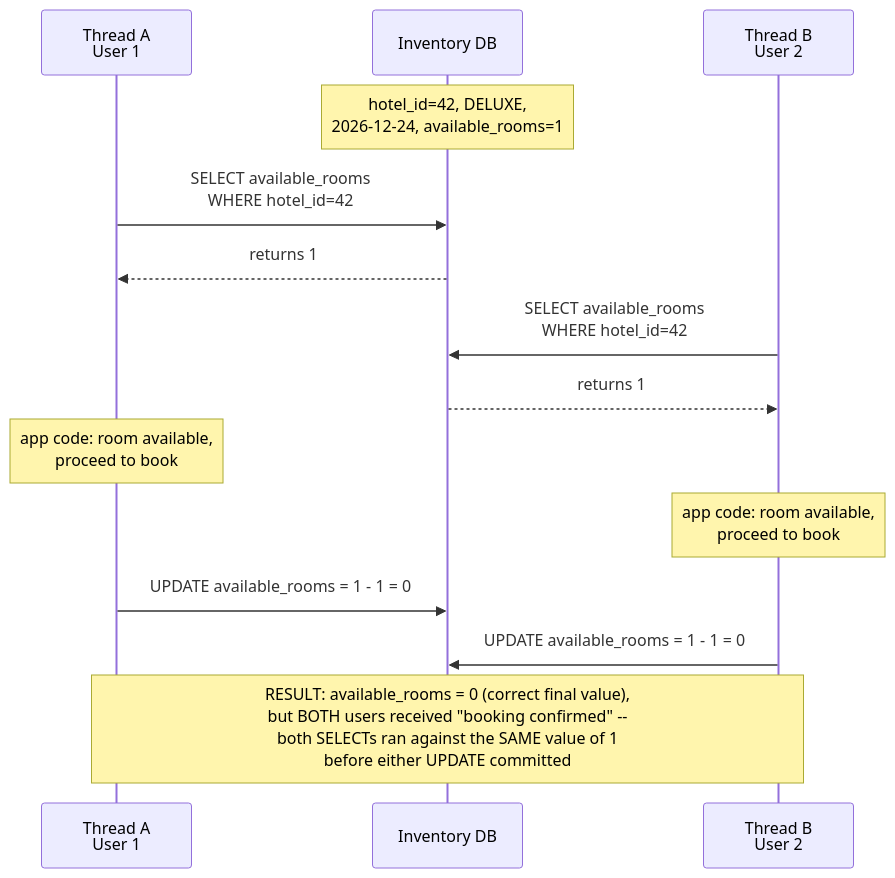
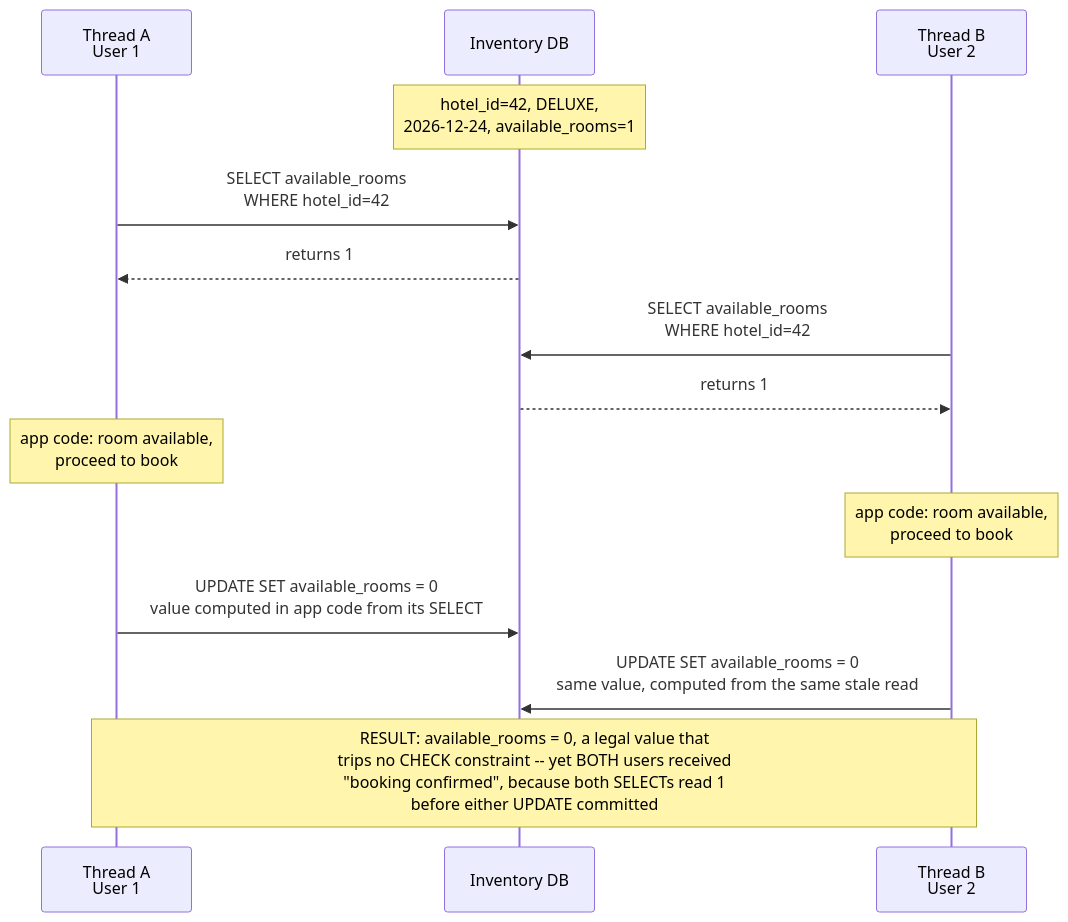
The fifth of 5 diagrams in src/main/java/com/rutik/systemdesign/hld/case_studies/design_hotel_reservation.md (rppol/system-design), drawn with Mermaid before and after one commit. The commit also changed other lines of this file and 4 other files, not shown here.

````diff
--- a/src/main/java/com/rutik/systemdesign/hld/case_studies/design_hotel_reservation.md
+++ b/src/main/java/com/rutik/systemdesign/hld/case_studies/design_hotel_reservation.md
@@ -634,21 +646,21 @@
 ```mermaid
 sequenceDiagram
     participant A as Thread A<br/>User 1
     participant DB as Inventory DB
     participant B as Thread B<br/>User 2
 
     Note over DB: hotel_id=42, DELUXE,<br/>2026-12-24, available_rooms=1
 
     A->>DB: SELECT available_rooms<br/>WHERE hotel_id=42
     DB-->>A: returns 1
     B->>DB: SELECT available_rooms<br/>WHERE hotel_id=42
     DB-->>B: returns 1
 
     Note over A: app code: room available,<br/>proceed to book
     Note over B: app code: room available,<br/>proceed to book
 
-    A->>DB: UPDATE available_rooms = 1 - 1 = 0
-    B->>DB: UPDATE available_rooms = 1 - 1 = 0
+    A->>DB: UPDATE SET available_rooms = 0<br/>value computed in app code from its SELECT
+    B->>DB: UPDATE SET available_rooms = 0<br/>same value, computed from the same stale read
 
-    Note over A,B: RESULT: available_rooms = 0 (correct final value),<br/>but BOTH users received "booking confirmed" --<br/>both SELECTs ran against the SAME value of 1<br/>before either UPDATE committed
+    Note over A,B: RESULT: available_rooms = 0, a legal value that<br/>trips no CHECK constraint -- yet BOTH users received<br/>"booking confirmed", because both SELECTs read 1<br/>before either UPDATE committed
 ```
````
